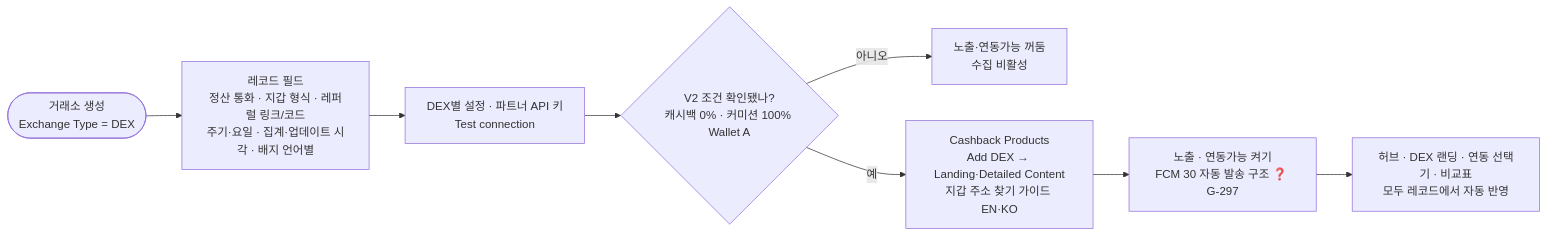
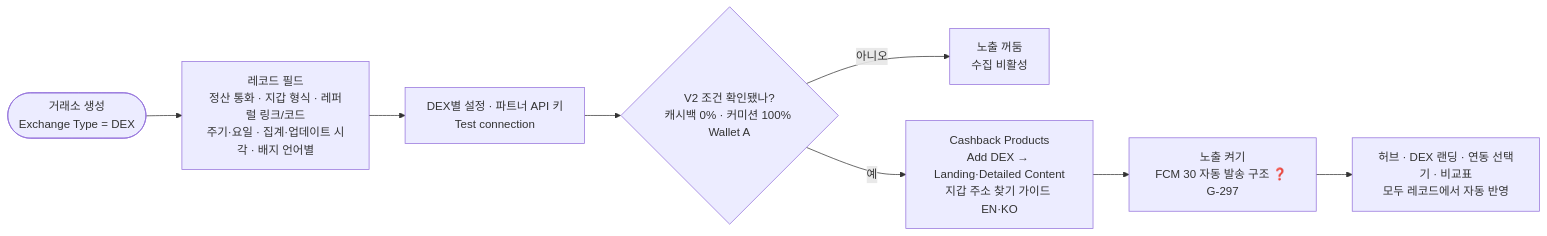
Before and after one commit to matthewforwork1213-collab/dex: the sixth of 6 diagrams in 02.기획문서/정보구조도_백오피스.md, drawn with Mermaid. The commit also changed other lines of this file and 2014 other files, not shown here.

````diff
--- a/02.기획문서/정보구조도_백오피스.md
+++ b/02.기획문서/정보구조도_백오피스.md
@@ -159,10 +159,10 @@
 ```mermaid
 flowchart LR
     A([거래소 생성<br/>Exchange Type = DEX]) --> B[레코드 필드<br/>정산 통화 · 지갑 형식 · 레퍼럴 링크/코드<br/>주기·요일 · 집계·업데이트 시각 · 배지 언어별]
     B --> C[DEX별 설정 · 파트너 API 키<br/>Test connection]
     C --> D{V2 조건 확인됐나?<br/>캐시백 0% · 커미션 100% Wallet A}
-    D -->|아니오| HOLD[노출·연동가능 꺼둠<br/>수집 비활성]
+    D -->|아니오| HOLD[노출 꺼둠<br/>수집 비활성]
     D -->|예| E[Cashback Products<br/>Add DEX → Landing·Detailed Content<br/>지갑 주소 찾기 가이드 EN·KO]
-    E --> F[노출 · 연동가능 켜기<br/>FCM 30 자동 발송 구조 ❓ G-297]
+    E --> F[노출 켜기<br/>FCM 30 자동 발송 구조 ❓ G-297]
     F --> G[허브 · DEX 랜딩 · 연동 선택기 · 비교표<br/>모두 레코드에서 자동 반영]
 ```
````
